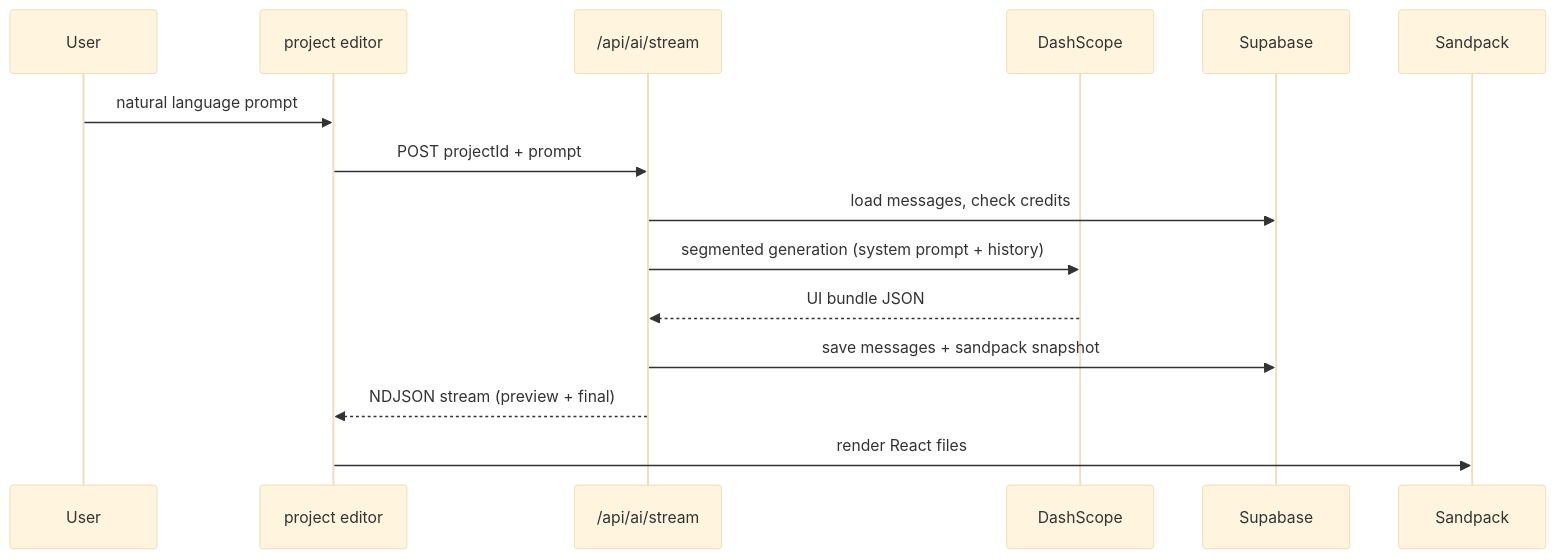
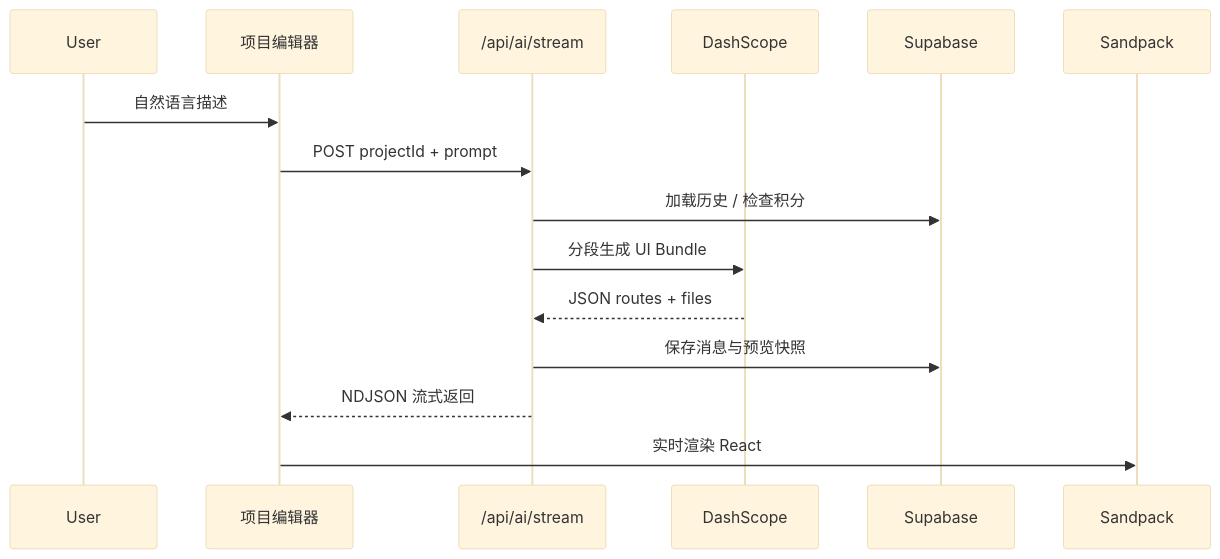
The diagram in README.md (qlghmz/ai-tensorview-cc), drawn with Mermaid (base theme) before and after one commit. The commit also changed other lines of this file and 3 other files, not shown here.

````diff
--- a/README.md
+++ b/README.md
@@ -72,18 +174,18 @@
 ```mermaid
 sequenceDiagram
   participant User
-  participant Editor as project editor
+  participant Editor as 项目编辑器
   participant API as /api/ai/stream
   participant AI as DashScope
   participant DB as Supabase
   participant Preview as Sandpack
 
-  User->>Editor: natural language prompt
+  User->>Editor: 自然语言描述
   Editor->>API: POST projectId + prompt
-  API->>DB: load messages, check credits
-  API->>AI: segmented generation (system prompt + history)
-  AI-->>API: UI bundle JSON
-  API->>DB: save messages + sandpack snapshot
-  API-->>Editor: NDJSON stream (preview + final)
-  Editor->>Preview: render React files
+  API->>DB: 加载历史 / 检查积分
+  API->>AI: 分段生成 UI Bundle
+  AI-->>API: JSON routes + files
+  API->>DB: 保存消息与预览快照
+  API-->>Editor: NDJSON 流式返回
+  Editor->>Preview: 实时渲染 React
 ```
````
